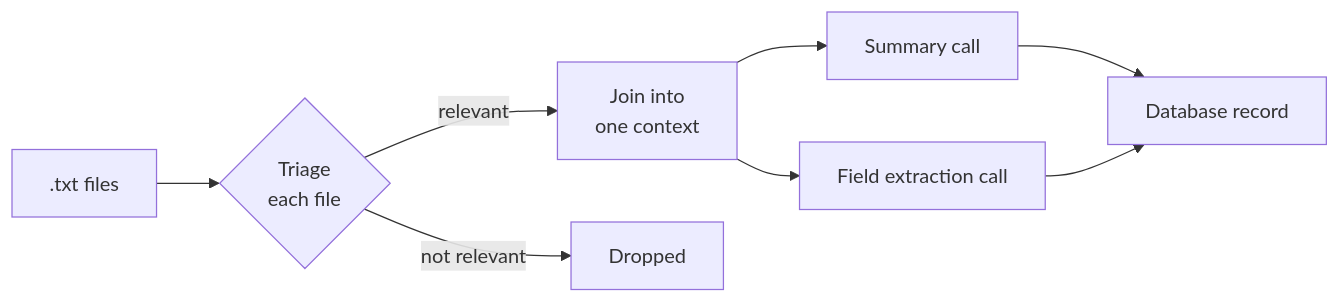
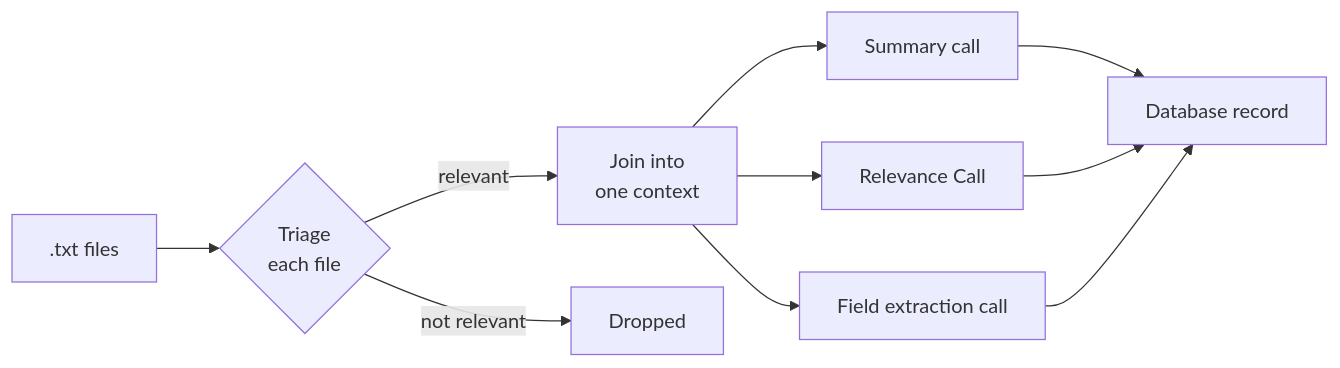
One commit to UtkristaUwa/CITS3200_57 changed the third of 4 diagrams in docs/documentation.md. Above: the diagram before and after it, drawn with Mermaid.

Commit message:
Update process_tender steps with relevance call
Added relevance call to the process_tender steps.

````diff
--- a/docs/documentation.md
+++ b/docs/documentation.md
@@ -268,10 +268,12 @@
 ```mermaid
 flowchart LR
     txt[".txt files"] --> triage{"Triage<br/>each file"}
     triage -- relevant --> join["Join into<br/>one context"]
     triage -- not relevant --> dropped["Dropped"]
     join --> summary["Summary call"]
+    join --> relevance["Relevance Call"]
     join --> fields["Field extraction call"]
     summary --> record["Database record"]
+    relevance --> record
     fields --> record
 ```
````
